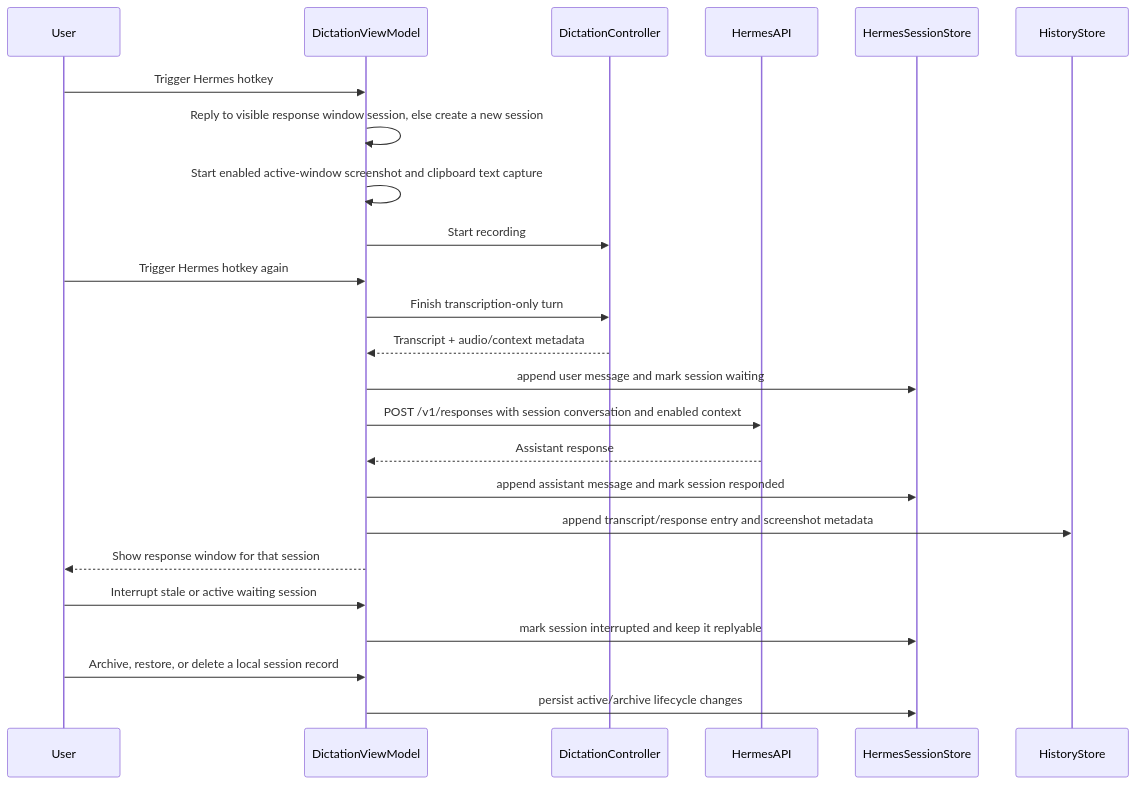
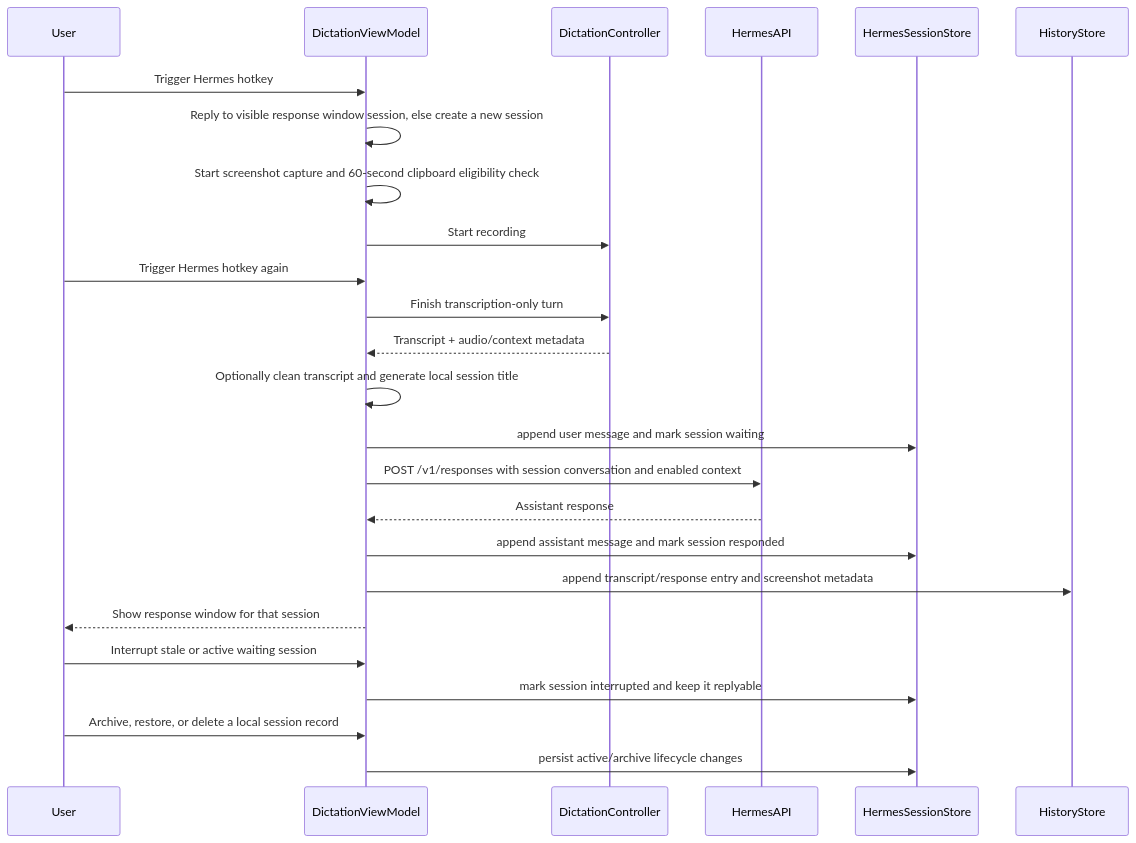
Diagram 12 of 12 in datamodel.md (dkapo88/WonderWhisper-macOS), drawn with Mermaid before and after one commit. The commit also changed other lines of this file and 15 other files, not shown here.

````diff
--- a/datamodel.md
+++ b/datamodel.md
@@ -629,27 +642,28 @@
 ```mermaid
 sequenceDiagram
     participant User
     participant DictationViewModel
     participant DictationController
     participant HermesAPI
     participant HermesSessionStore
     participant HistoryStore
 
     User->>DictationViewModel: Trigger Hermes hotkey
     DictationViewModel->>DictationViewModel: Reply to visible response window session, else create a new session
-    DictationViewModel->>DictationViewModel: Start enabled active-window screenshot and clipboard text capture
+    DictationViewModel->>DictationViewModel: Start screenshot capture and 60-second clipboard eligibility check
     DictationViewModel->>DictationController: Start recording
     User->>DictationViewModel: Trigger Hermes hotkey again
     DictationViewModel->>DictationController: Finish transcription-only turn
     DictationController-->>DictationViewModel: Transcript + audio/context metadata
+    DictationViewModel->>DictationViewModel: Optionally clean transcript and generate local session title
     DictationViewModel->>HermesSessionStore: append user message and mark session waiting
     DictationViewModel->>HermesAPI: POST /v1/responses with session conversation and enabled context
     HermesAPI-->>DictationViewModel: Assistant response
     DictationViewModel->>HermesSessionStore: append assistant message and mark session responded
     DictationViewModel->>HistoryStore: append transcript/response entry and screenshot metadata
     DictationViewModel-->>User: Show response window for that session
     User->>DictationViewModel: Interrupt stale or active waiting session
     DictationViewModel->>HermesSessionStore: mark session interrupted and keep it replyable
     User->>DictationViewModel: Archive, restore, or delete a local session record
     DictationViewModel->>HermesSessionStore: persist active/archive lifecycle changes
 ```
````
